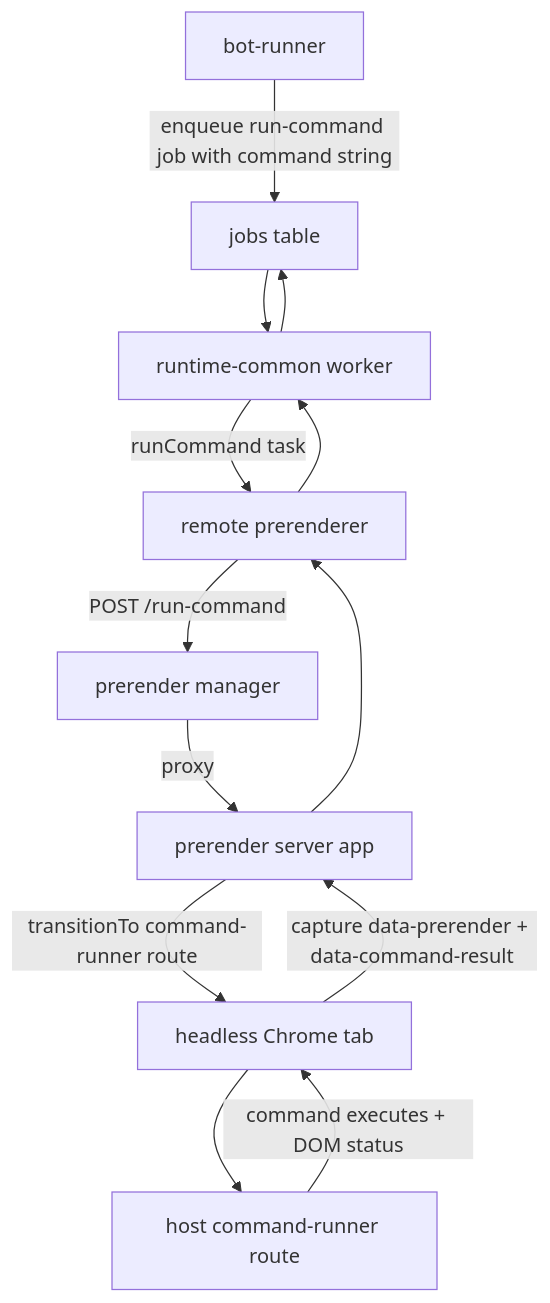
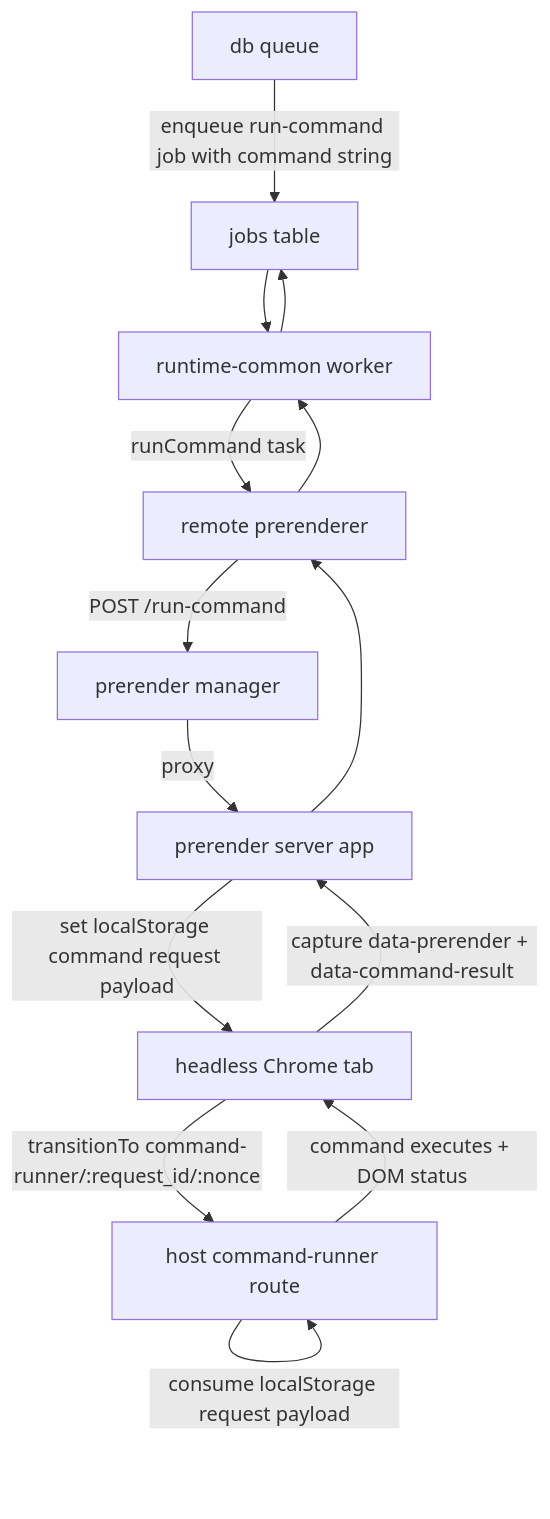
Before and after one commit to cardstack/boxel: the diagram in docs/commands-in-headless-chrome.md, drawn with Mermaid. The commit also changed other lines of this file and 7 other files, not shown here.

Commit message:
change to localStorage based handling of running command

````diff
--- a/docs/commands-in-headless-chrome.md
+++ b/docs/commands-in-headless-chrome.md
@@ -32,17 +6,18 @@
 ```mermaid
 flowchart TD
 
-    A["bot-runner"]
+    A["db queue"]
     A -->|enqueue run-command job with command string| B["jobs table"]
     B --> C["runtime-common worker"]
     C -->|runCommand task| D["remote prerenderer"]
     D -->|POST /run-command| E["prerender manager"]
     E -->|proxy| F["prerender server app"]
-    F -->|transitionTo command-runner route| G["headless Chrome tab"]
-    G --> H["host command-runner route"]
+    F -->|set localStorage command request payload| G["headless Chrome tab"]
+    G -->|transitionTo command-runner/:request_id/:nonce| H["host command-runner route"]
+    H -->|consume localStorage request payload| H
     H -->|command executes + DOM status| G
     G -->|capture data-prerender + data-command-result| F
     F --> D
     D --> C
     C --> B
 ```
````
